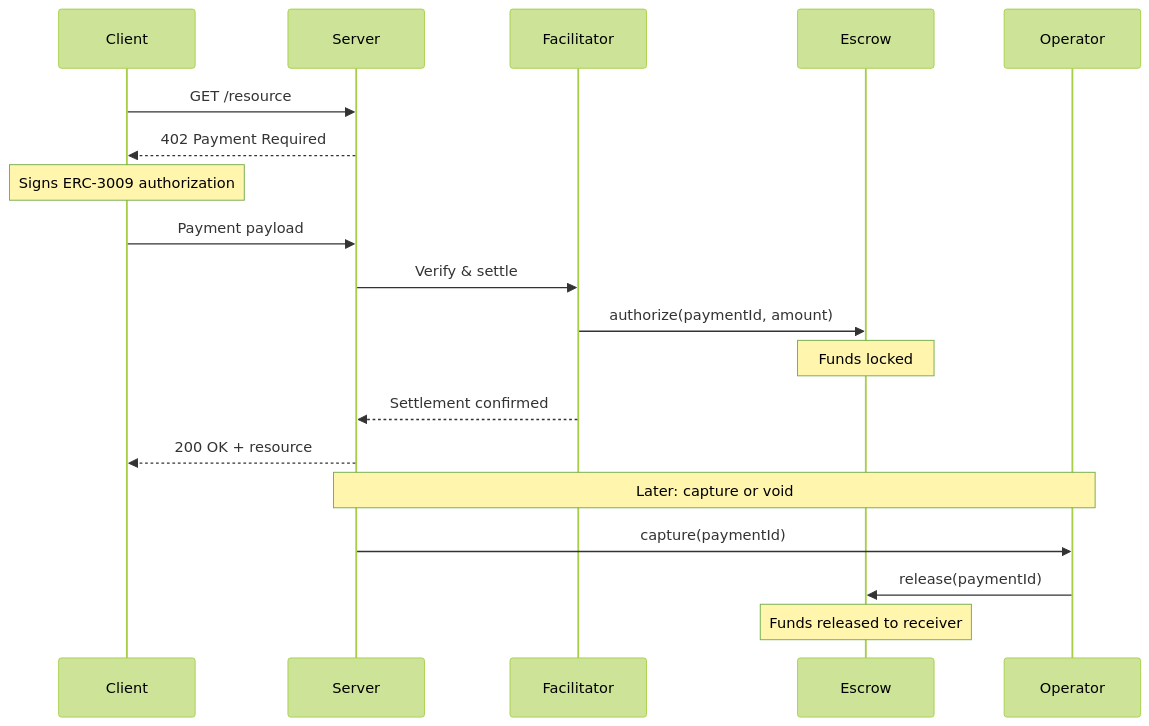
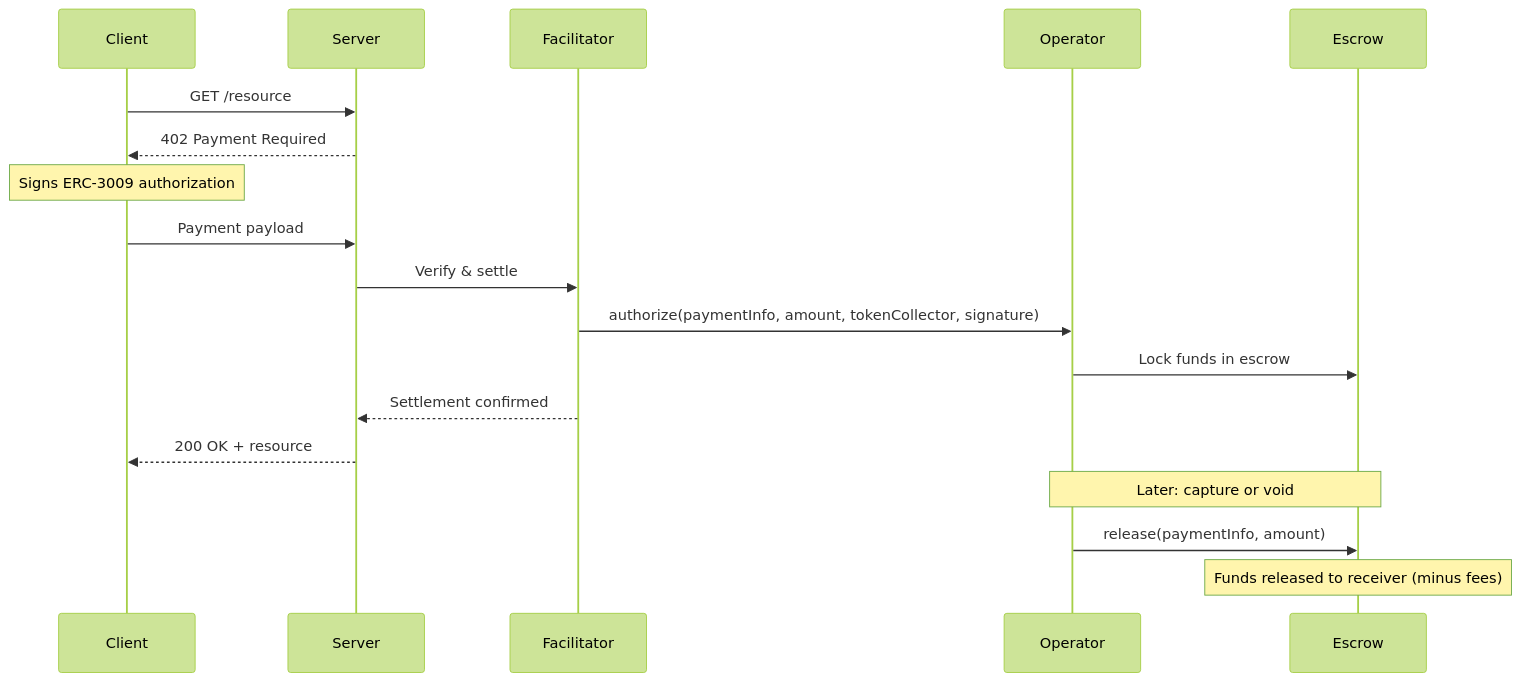
The diagram in x402-integration/overview.mdx (BackTrackCo/docs), drawn with Mermaid (forest theme) before and after one commit. The commit also changed 21 other files, not shown here.

````diff
--- a/x402-integration/overview.mdx
+++ b/x402-integration/overview.mdx
@@ -116,23 +116,22 @@
 ```mermaid
 sequenceDiagram
     participant Client
     participant Server
     participant Facilitator
+    participant Operator
     participant Escrow
-    participant Operator
 
     Client->>Server: GET /resource
     Server-->>Client: 402 Payment Required
     Note over Client: Signs ERC-3009 authorization
     Client->>Server: Payment payload
     Server->>Facilitator: Verify & settle
-    Facilitator->>Escrow: authorize(paymentId, amount)
-    Note over Escrow: Funds locked
+    Facilitator->>Operator: authorize(paymentInfo, amount, tokenCollector, signature)
+    Operator->>Escrow: Lock funds in escrow
     Facilitator-->>Server: Settlement confirmed
     Server-->>Client: 200 OK + resource
 
-    Note over Server,Operator: Later: capture or void
-    Server->>Operator: capture(paymentId)
-    Operator->>Escrow: release(paymentId)
-    Note over Escrow: Funds released to receiver
+    Note over Operator,Escrow: Later: capture or void
+    Operator->>Escrow: release(paymentInfo, amount)
+    Note over Escrow: Funds released to receiver (minus fees)
 ```
````
